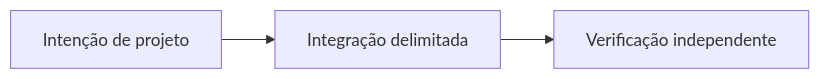
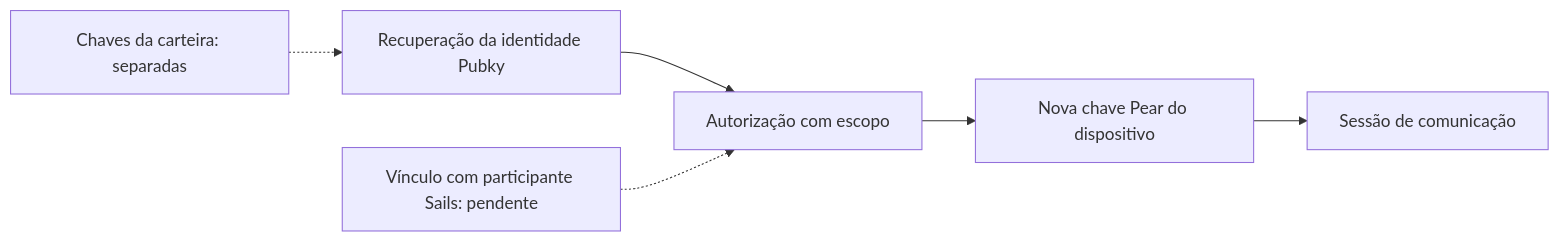
One commit to sails-protocol/Sails-Protocol-Blog changed the diagram in editorial-drafts/21-openidentity-portable.pt-BR.md. Above: the diagram before and after it, drawn with Mermaid. The commit also changed other lines of this file, not shown here.

Commit message:
docs(editorial): ground OpenIdentity recovery boundaries in Pubky/Pear evidence (pt-BR.md)

````diff
--- a/editorial-drafts/21-openidentity-portable.pt-BR.md
+++ b/editorial-drafts/21-openidentity-portable.pt-BR.md
@@ -19,5 +51,8 @@
 ```mermaid
 flowchart LR
- A["Intenção de projeto"] --> B["Integração delimitada"]
- B --> C["Verificação independente"]
+ A["Recuperação da identidade Pubky"] --> B["Autorização com escopo"]
+ B --> C["Nova chave Pear do dispositivo"]
+ C --> D["Sessão de comunicação"]
+ E["Vínculo com participante Sails: pendente"] -.-> B
+ F["Chaves da carteira: separadas"] -.-> A
 ```
````
